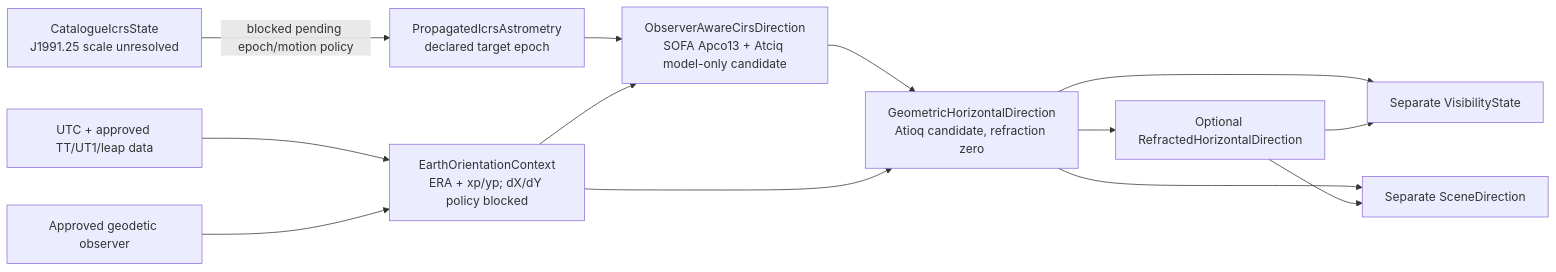
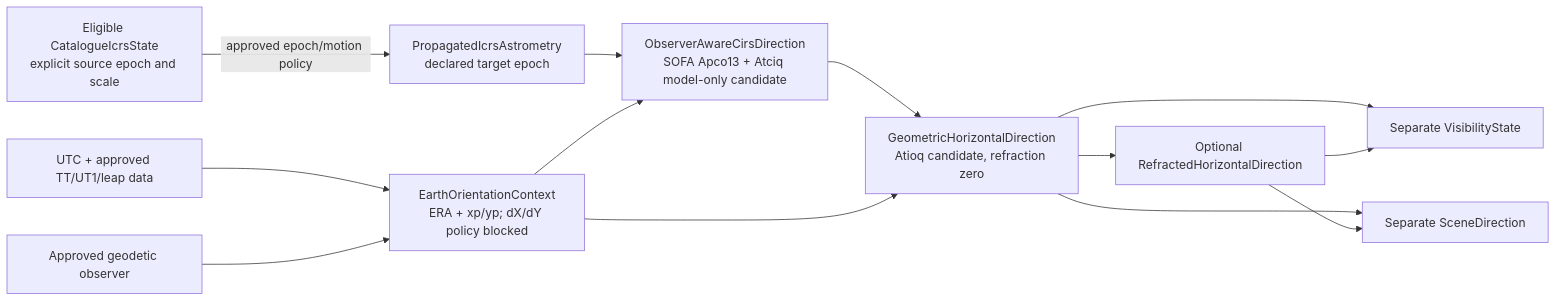
One commit to Banaf3/UFUQ changed the diagram in docs/ASTRONOMY_SPEC.md. Above: the diagram before and after it, drawn with Mermaid. The commit also changed other lines of this file and 19 other files, not shown here.

````diff
--- a/docs/ASTRONOMY_SPEC.md
+++ b/docs/ASTRONOMY_SPEC.md
@@ -168,15 +197,15 @@
 ```mermaid
 flowchart LR
-  CAT[CatalogueIcrsState<br/>J1991.25 scale unresolved] -->|blocked pending epoch/motion policy| PROP[PropagatedIcrsAstrometry<br/>declared target epoch]
+  CAT[Eligible CatalogueIcrsState<br/>explicit source epoch and scale] -->|approved epoch/motion policy| PROP[PropagatedIcrsAstrometry<br/>declared target epoch]
   PROP --> CIRS[ObserverAwareCirsDirection<br/>SOFA Apco13 + Atciq model-only candidate]
   TIME[UTC + approved TT/UT1/leap data] --> EOP[EarthOrientationContext<br/>ERA + xp/yp; dX/dY policy blocked]
   OBS[Approved geodetic observer] --> EOP
   EOP --> CIRS
   CIRS --> GEO[GeometricHorizontalDirection<br/>Atioq candidate, refraction zero]
   EOP --> GEO
   GEO --> REF[Optional RefractedHorizontalDirection]
   GEO --> VIS[Separate VisibilityState]
   REF --> VIS
   GEO --> SCENE[Separate SceneDirection]
   REF --> SCENE
 ```
````
